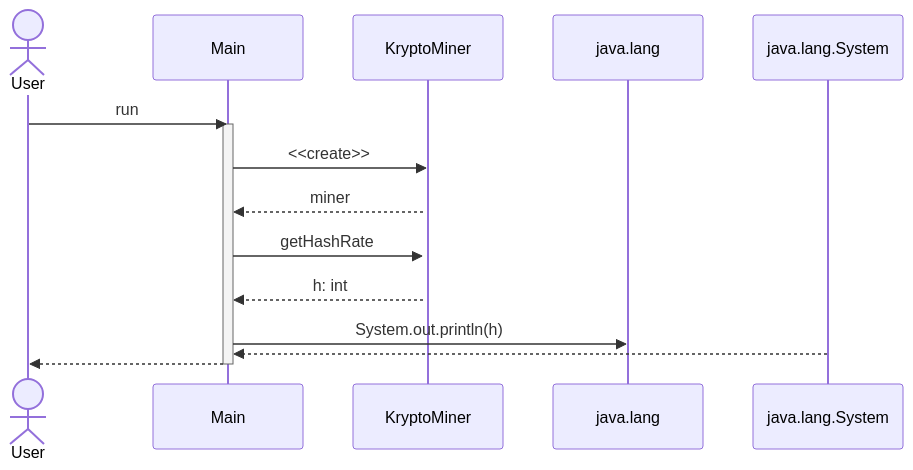
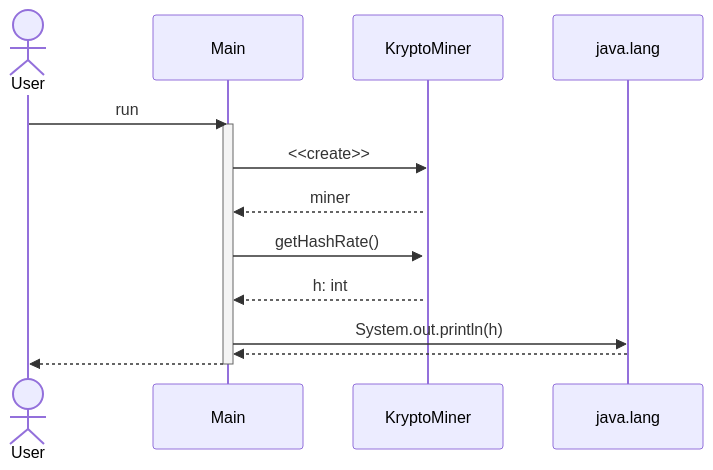
Before and after one commit to stefanlaux/M320_StefanLaux: the diagram in K06/Diagramm1.mmd, drawn with Mermaid. The commit also changed 20 other files, not shown here.

```diff
--- a/K06/Diagramm1.mmd
+++ b/K06/Diagramm1.mmd
@@ -1,16 +1,16 @@
 
 sequenceDiagram
     
     actor User
     User ->> Main : run
     activate Main
     participant KryptoMiner
     Main ->> KryptoMiner : <<create>>
     activate KryptoMiner
     KryptoMiner -->> Main : miner
-    Main ->> KryptoMiner : getHashRate
+    Main ->> KryptoMiner : getHashRate()
     KryptoMiner -->> Main : h: int
     Main ->> java.lang : System.out.println(h)
-    java.lang.System -->> Main : 
+    java.lang -->> Main : 
     Main -->> User : 
     deactivate Main
```
